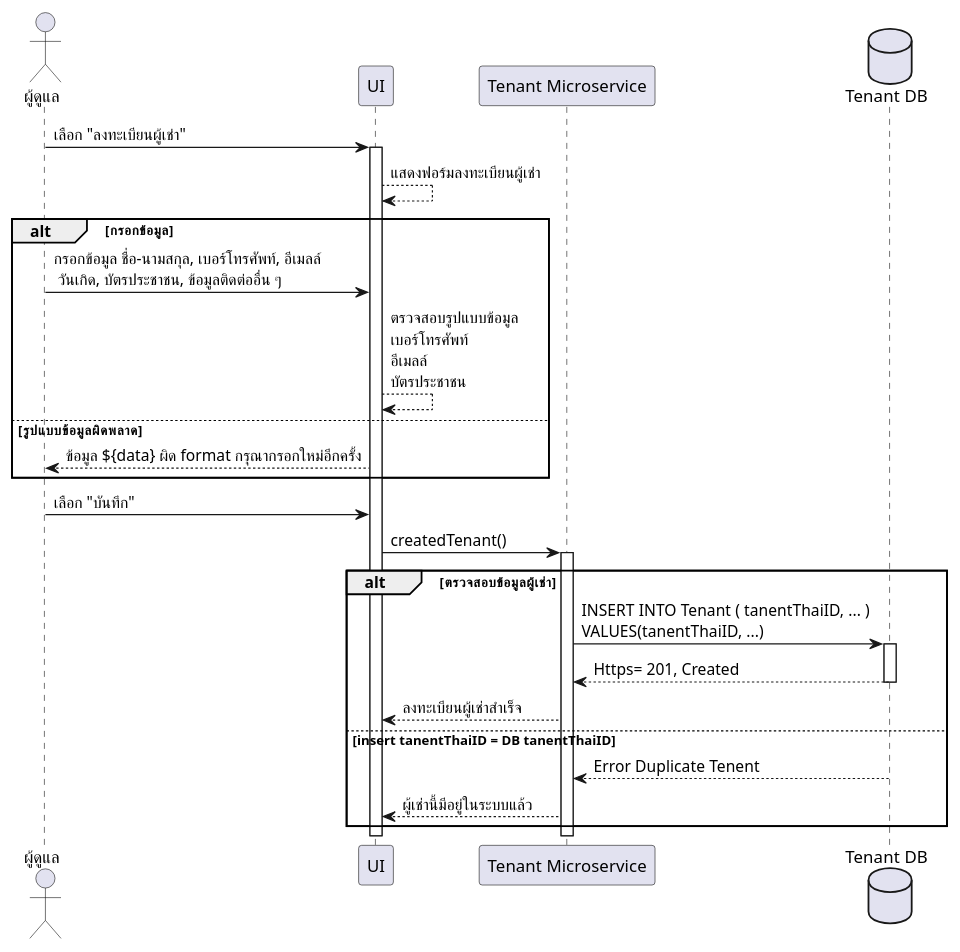
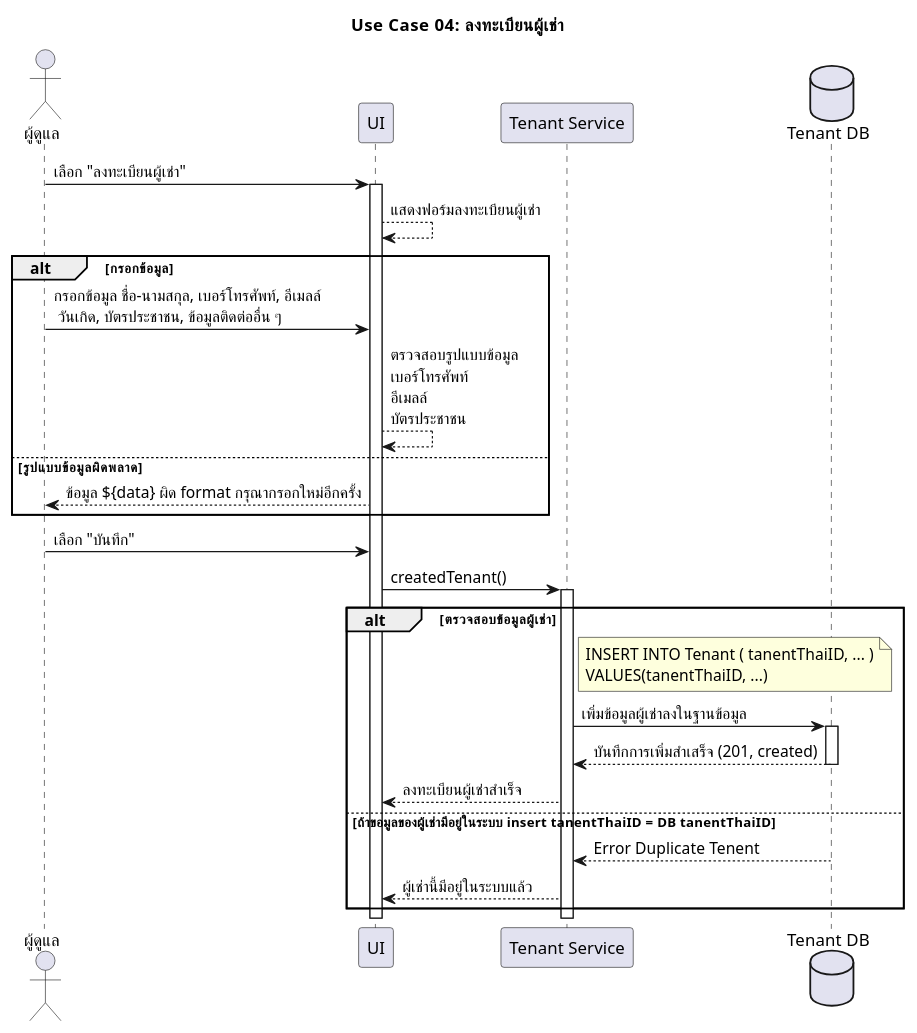
One commit to warinyang/UML-monthly-room-rent changed the diagram in usecase04_register_tenent.plantuml. Above: the diagram before and after it, drawn with PlantUML. The commit also changed 15 other files, not shown here.

```diff
--- a/usecase04_register_tenent.plantuml
+++ b/usecase04_register_tenent.plantuml
@@ -1,35 +1,40 @@
 @startuml
 skinparam defaultFontName "TH Sarabun New"
-
+title Use Case 04: ลงทะเบียนผู้เช่า
 actor "ผู้ดูแล" as Admin
 participant "UI" as UI
-participant "Tenant Microservice" as MS
+participant "Tenant Service" as MS
 database "Tenant DB" as DB
 
 
 Admin -> UI: เลือก "ลงทะเบียนผู้เช่า"
 activate UI
 
 UI --> UI       : แสดงฟอร์มลงทะเบียนผู้เช่า
 alt กรอกข้อมูล
     Admin -> UI: กรอกข้อมูล ชื่อ-นามสกุล, เบอร์โทรศัพท์, อีเมลล์ \n วันเกิด, บัตรประชาชน, ข้อมูลติดต่ออื่น ๆ
     UI --> UI       : ตรวจสอบรูปแบบข้อมูล \nเบอร์โทรศัพท์ \nอีเมลล์ \nบัตรประชาชน
 else รูปแบบข้อมูลผิดพลาด
     UI --> Admin: ข้อมูล ${data} ผิด format กรุณากรอกใหม่อีกครั้ง
 end
 Admin -> UI: เลือก "บันทึก"
 UI -> MS: createdTenant()
 
 alt ตรวจสอบข้อมูลผู้เช่า
     activate MS
-    MS -> DB: INSERT INTO Tenant ( tanentThaiID, ... )\nVALUES(tanentThaiID, ...)
+
+    note right of MS
+    INSERT INTO Tenant ( tanentThaiID, ... )
+    VALUES(tanentThaiID, ...)
+    end note
+    MS -> DB: เพิ่มข้อมูลผู้เช่าลงในฐานข้อมูล
     activate DB
-    DB --> MS: Https= 201, Created
+    DB --> MS: บันทึกการเพิ่มสำเสร็จ (201, created)
     deactivate DB
 
     MS --> UI: ลงทะเบียนผู้เช่าสำเร็จ
-else insert tanentThaiID = DB tanentThaiID
+else ถ้าขอมูลของผู้เช่ามีอยู่ในระบบ insert tanentThaiID = DB tanentThaiID
     DB --> MS: Error Duplicate Tenent
     MS --> UI: ผู้เช่านี้มีอยู่ในระบบแล้ว
 end
 @enduml
```
